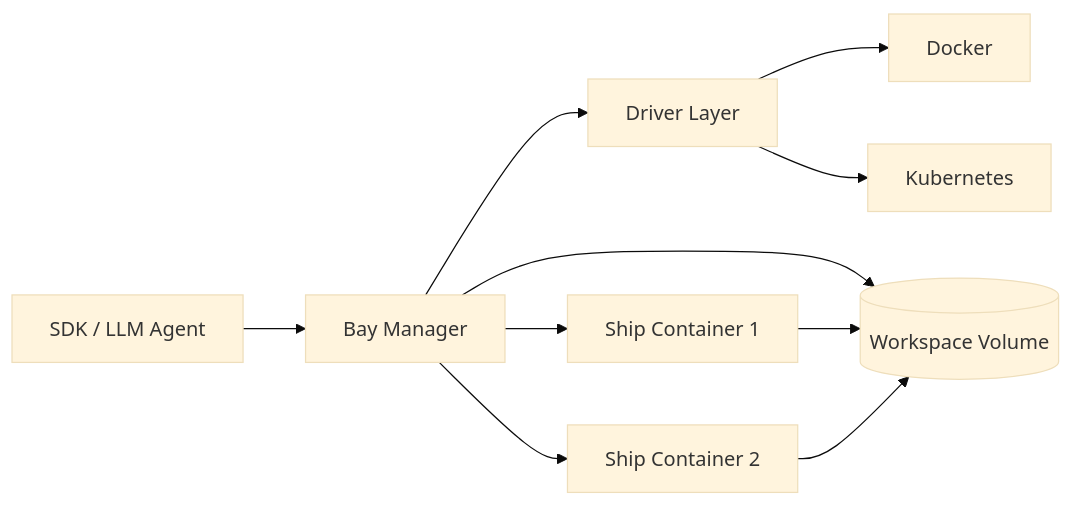
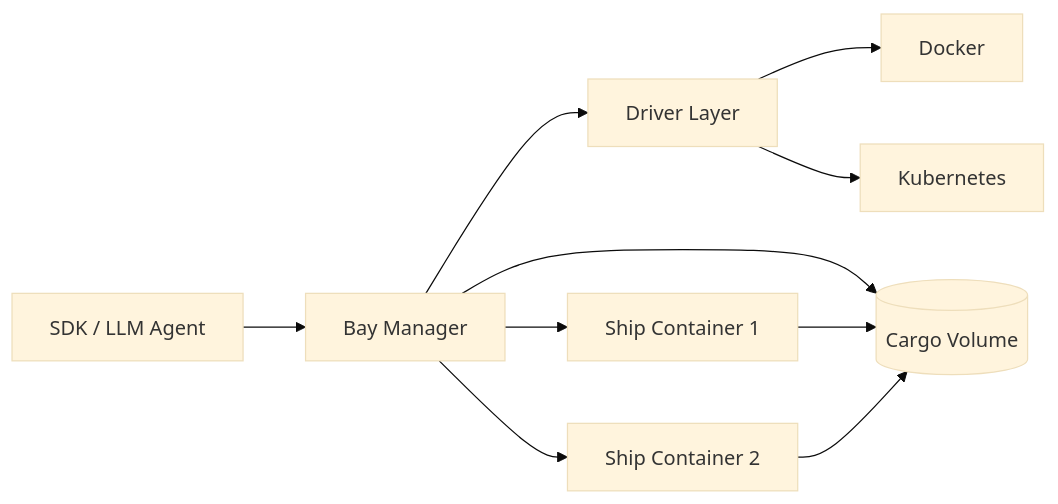
The diagram in plans/bay-design.md (AstrBotDevs/shipyard-neo), drawn with Mermaid (base theme) before and after one commit. The commit also changed other lines of this file and 16 other files, not shown here.

First line of the commit message:
docs(plans): rename workspace to cargo across all plan documents (step 3/3)

````diff
--- a/plans/bay-design.md
+++ b/plans/bay-design.md
@@ -21,12 +21,12 @@
 ```mermaid
 flowchart LR
     Client[SDK / LLM Agent] --> Bay[Bay Manager]
     Bay --> Driver[Driver Layer]
     Driver --> Docker[Docker]
     Driver --> K8s[Kubernetes]
     Bay --> Ship1[Ship Container 1]
     Bay --> Ship2[Ship Container 2]
-    Bay --> Workspace[(Workspace Volume)]
-    Ship1 --> Workspace
-    Ship2 --> Workspace
+    Bay --> Cargo[(Cargo Volume)]
+    Ship1 --> Cargo
+    Ship2 --> Cargo
 ```
````
